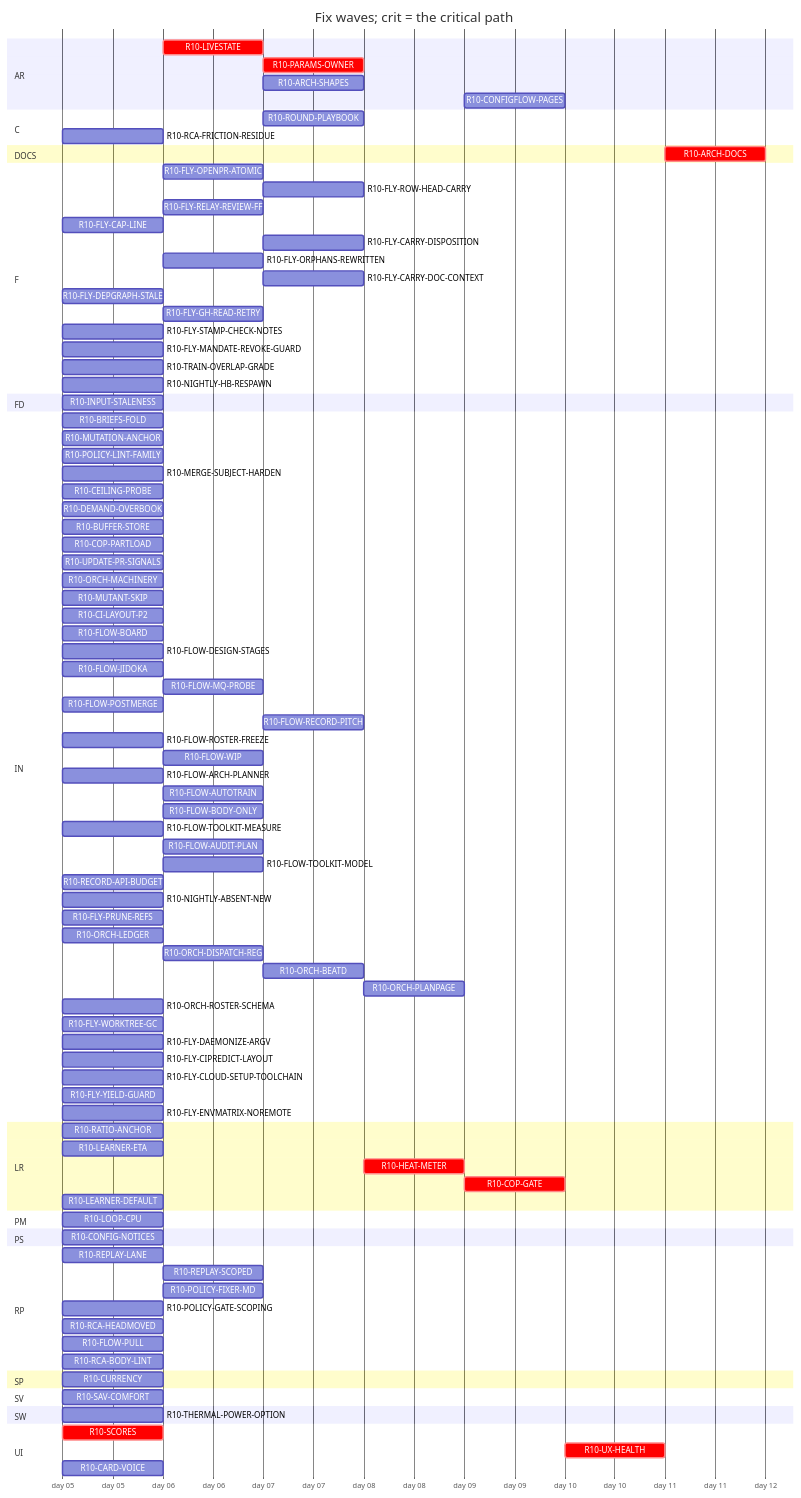
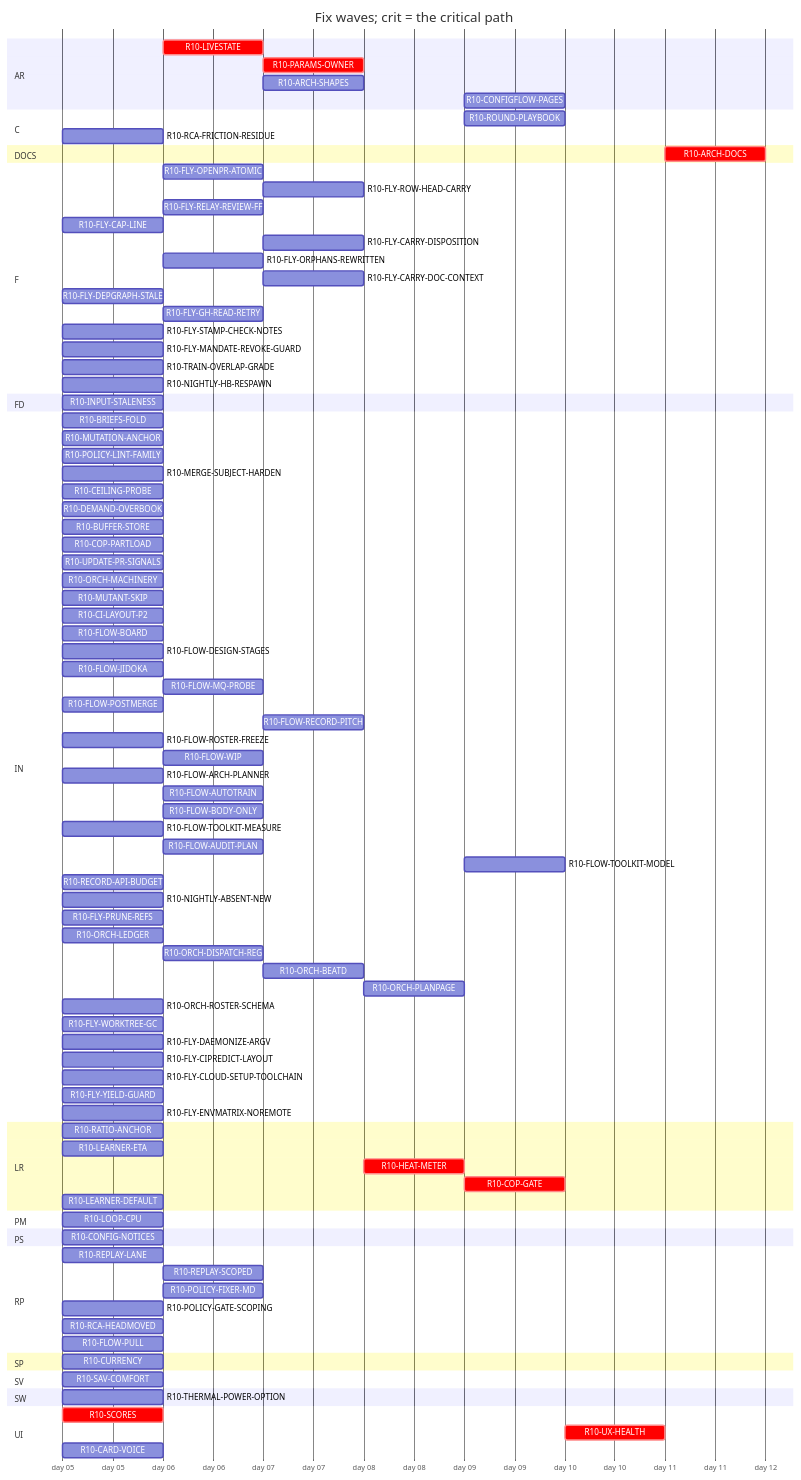
One commit to tvofi/heatpump_optimizer changed the diagram in handoff/round10/state/PLAN-TABLE.md. Above: the diagram before and after it, drawn with Mermaid. The commit also changed other lines of this file and 2 other files, not shown here.

```diff
--- a/handoff/round10/state/PLAN-TABLE.md
+++ b/handoff/round10/state/PLAN-TABLE.md
@@ -35,7 +35,7 @@
     R10-ARCH-SHAPES :r10ARCHSHAPES, after r10LIVESTATE r10INPUTSTALENESS, 1d
     R10-CONFIGFLOW-PAGES :r10CONFIGFLOWPAGES, after r10HEATMETER, 1d
   section C
-    R10-ROUND-PLAYBOOK :r10ROUNDPLAYBOOK, after r10FLOWARCHPLANNER r10FLOWAUDITPLAN r10ORCHMACHINERY r10FLOWAUTOTRAIN r10CILAYOUTP2, 1d
+    R10-ROUND-PLAYBOOK :r10ROUNDPLAYBOOK, after r10FLOWARCHPLANNER r10FLOWAUDITPLAN r10ORCHLEDGER r10ORCHDISPATCHREG r10ORCHBEATD r10ORCHPLANPAGE r10FLOWAUTOTRAIN r10CILAYOUTP2, 1d
     R10-RCA-FRICTION-RESIDUE :r10RCAFRICTIONRESIDUE, 2026-01-05, 1d
   section DOCS
     R10-ARCH-DOCS :crit, r10ARCHDOCS, after r10RATIOANCHOR r10INPUTSTALENESS r10CURRENCY r10LOOPCPU r10SCORES r10LIVESTATE r10CONFIGNOTICES r10PARAMSOWNER r10ARCHSHAPES r10LEARNERETA r10HEATMETER r10COPGATE r10UXHEALTH r10CONFIGFLOWPAGES r10BRIEFSFOLD r10REPLAYLANE r10REPLAYSCOPED, 1d
@@ -81,7 +81,7 @@
     R10-FLOW-BODY-ONLY :r10FLOWBODYONLY, after r10UPDATEPRSIGNALS, 1d
     R10-FLOW-TOOLKIT-MEASURE :r10FLOWTOOLKITMEASURE, 2026-01-05, 1d
     R10-FLOW-AUDIT-PLAN :r10FLOWAUDITPLAN, after r10FLOWARCHPLANNER r10FLOWTOOLKITMEASURE, 1d
-    R10-FLOW-TOOLKIT-MODEL :r10FLOWTOOLKITMODEL, after r10ORCHMACHINERY r10FLOWTOOLKITMEASURE, 1d
+    R10-FLOW-TOOLKIT-MODEL :r10FLOWTOOLKITMODEL, after r10ORCHPLANPAGE r10FLOWTOOLKITMEASURE, 1d
     R10-RECORD-API-BUDGET :r10RECORDAPIBUDGET, 2026-01-05, 1d
     R10-NIGHTLY-ABSENT-NEW :r10NIGHTLYABSENTNEW, 2026-01-05, 1d
     R10-FLY-PRUNE-REFS :r10FLYPRUNEREFS, 2026-01-05, 1d
@@ -113,7 +113,6 @@
     R10-POLICY-GATE-SCOPING :r10POLICYGATESCOPING, 2026-01-05, 1d
     R10-RCA-HEADMOVED :r10RCAHEADMOVED, 2026-01-05, 1d
     R10-FLOW-PULL :r10FLOWPULL, 2026-01-05, 1d
-    R10-RCA-BODY-LINT :r10RCABODYLINT, 2026-01-05, 1d
   section SP
     R10-CURRENCY :r10CURRENCY, 2026-01-05, 1d
   section SV
```
